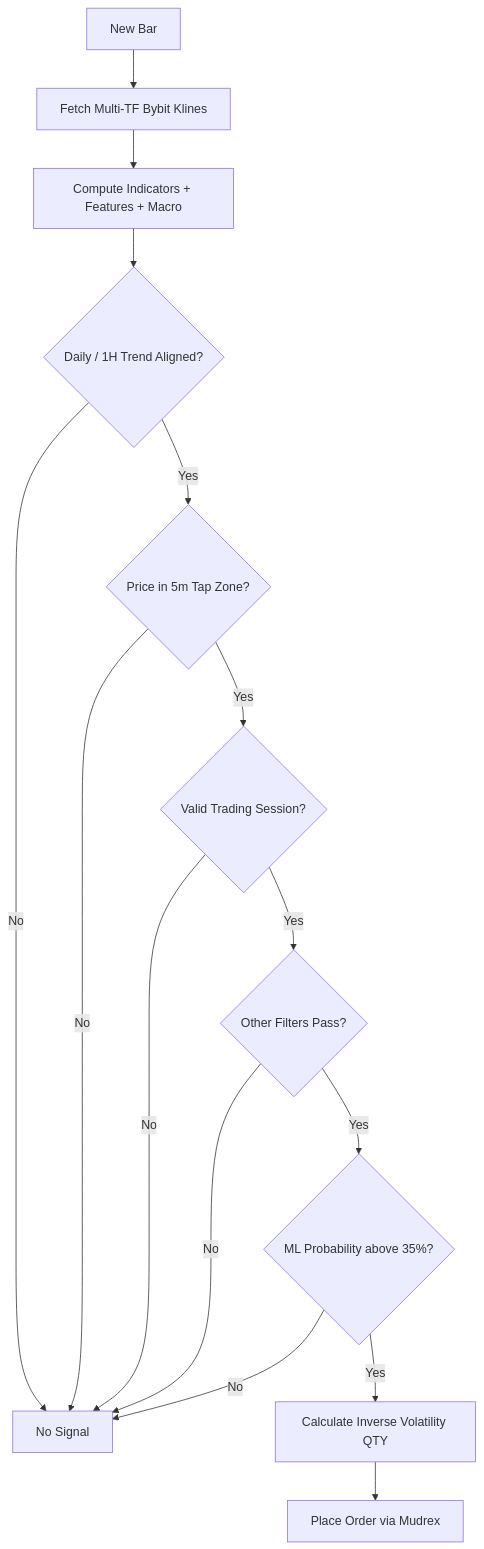
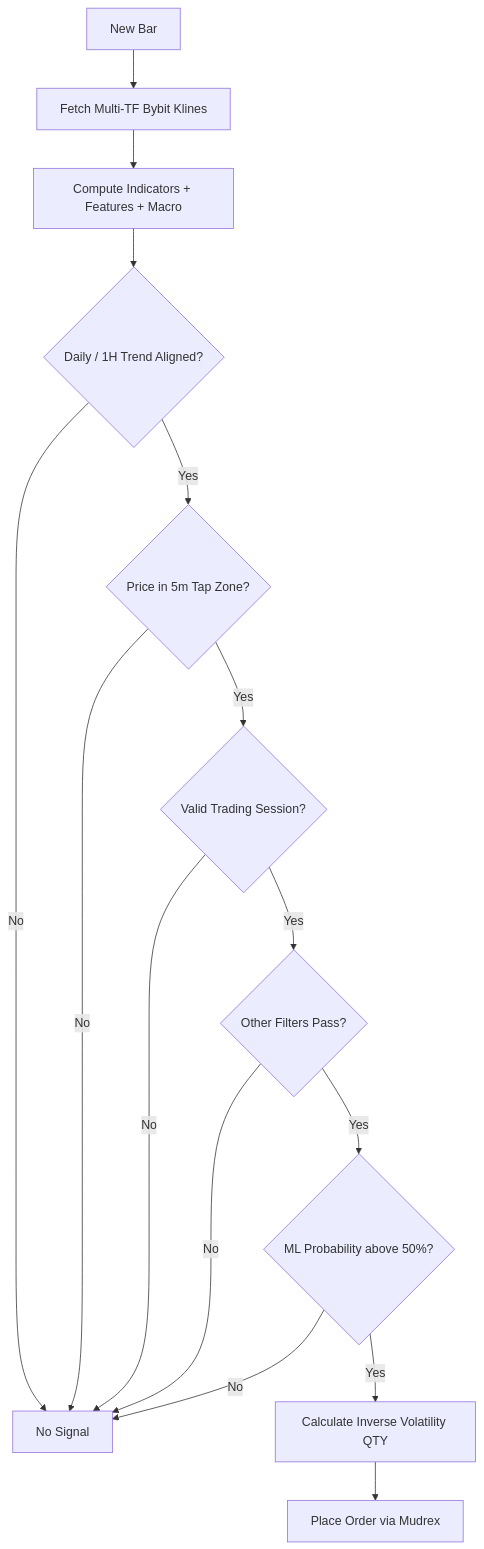
One commit to DecentralizedJM/XAUT-EMA-Pullback-Strategy changed the third of 4 diagrams in README.md. Above: the diagram before and after it, drawn with Mermaid. The commit also changed other lines of this file, not shown here.

Commit message:
docs: fix mermaid diagram rendering syntax and formatting

````diff
--- a/README.md
+++ b/README.md
@@ -103,23 +103,23 @@
 ```mermaid
 flowchart TD
-    Start["New Bar"] --> FetchOHLCV["Fetch Multi-TF Bybit Klines"]
-    FetchOHLCV --> ComputeIndicators["Compute Indicators + Features + Macro"]
+    Start[New Bar] --> FetchOHLCV[Fetch Multi-TF Bybit Klines]
+    FetchOHLCV --> ComputeIndicators[Compute Indicators + Features + Macro]
 
-    ComputeIndicators --> MacroCheck{"Daily / 1H Trend Aligned?"}
-    MacroCheck --> |"Yes"| PullbackCheck{"Price in 5m Tap Zone?"}
-    MacroCheck --> |"No"| NoSignal["No Signal"]
+    ComputeIndicators --> MacroCheck{Daily / 1H Trend Aligned?}
+    MacroCheck --> |Yes| PullbackCheck{Price in 5m Tap Zone?}
+    MacroCheck --> |No| NoSignal[No Signal]
 
-    PullbackCheck --> |"Yes"| SessionCheck{"Valid Trading Session?"}
-    PullbackCheck --> |"No"| NoSignal
+    PullbackCheck --> |Yes| SessionCheck{Valid Trading Session?}
+    PullbackCheck --> |No| NoSignal
 
-    SessionCheck --> |"Yes"| FilterStack{"Other Filters Pass?"}
-    SessionCheck --> |"No"| NoSignal
+    SessionCheck --> |Yes| FilterStack{Other Filters Pass?}
+    SessionCheck --> |No| NoSignal
 
-    FilterStack --> |"Yes"| MLGate{"ML Probability above 35%?"}
-    FilterStack --> |"No"| NoSignal
+    FilterStack --> |Yes| MLGate{ML Probability above 50%?}
+    FilterStack --> |No| NoSignal
 
-    MLGate --> |"Yes"| PositionSizing["Calculate Inverse Volatility QTY"]
-    MLGate --> |"No"| NoSignal
+    MLGate --> |Yes| PositionSizing[Calculate Inverse Volatility QTY]
+    MLGate --> |No| NoSignal
 
-    PositionSizing --> PlaceOrder["Place Order via Mudrex"]
+    PositionSizing --> PlaceOrder[Place Order via Mudrex]
 ```
````
